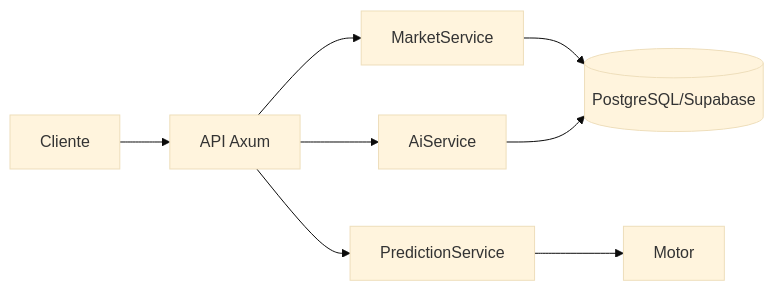
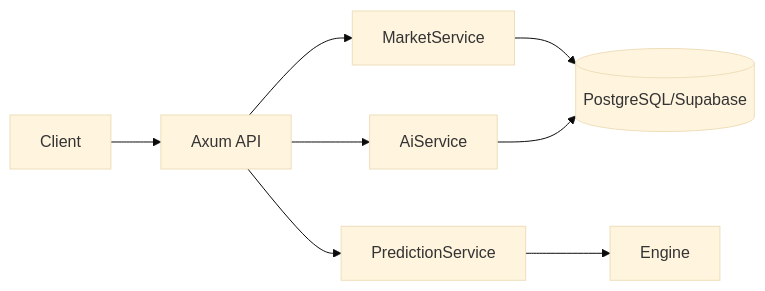
The diagram in docs/development-and-deployment.md (Quantumquirkz/PraesagiumChain), drawn with Mermaid (base theme) before and after one commit. The commit also changed other lines of this file and 5 other files, not shown here.

````diff
--- a/docs/development-and-deployment.md
+++ b/docs/development-and-deployment.md
@@ -18,10 +18,10 @@
 ```mermaid
 flowchart LR
-    Client[Cliente] --> API[API Axum]
+    Client[Client] --> API[Axum API]
     API --> Market[MarketService]
     API --> Pred[PredictionService]
     API --> AI[AiService]
     Market --> DB[(PostgreSQL/Supabase)]
-    Pred --> engine[Motor]
+    Pred --> engine[Engine]
     AI --> DB
 ```
````
